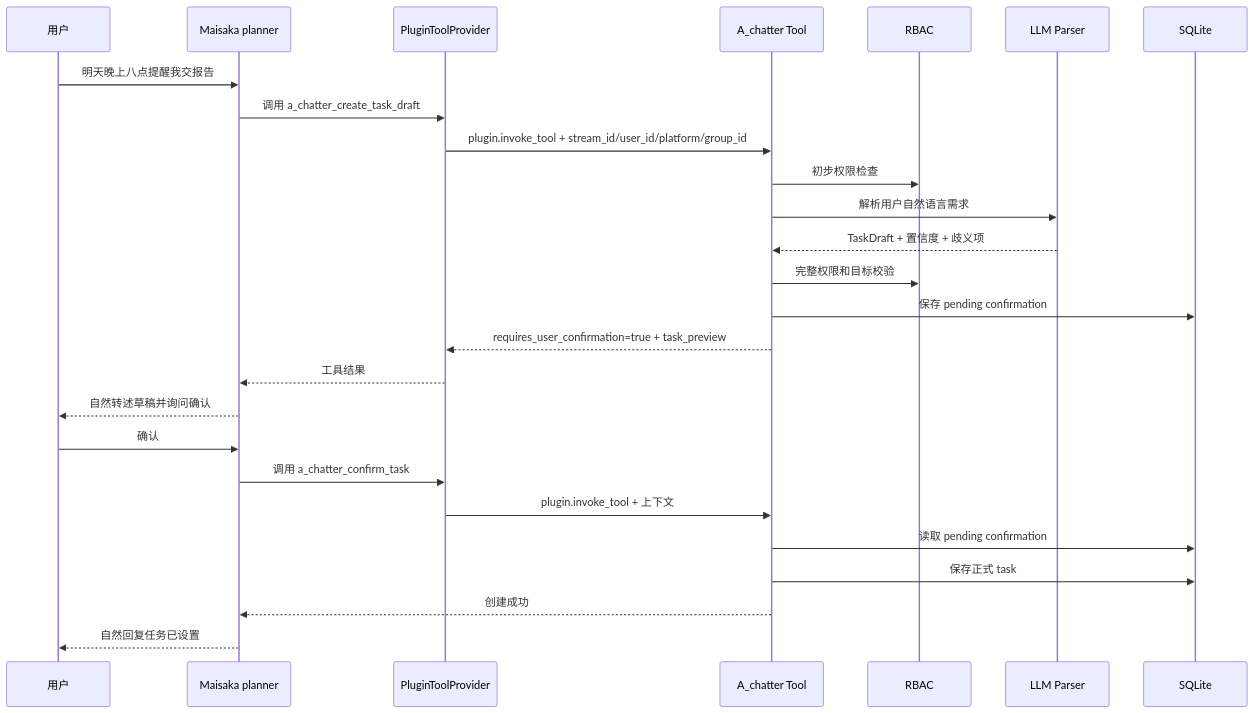
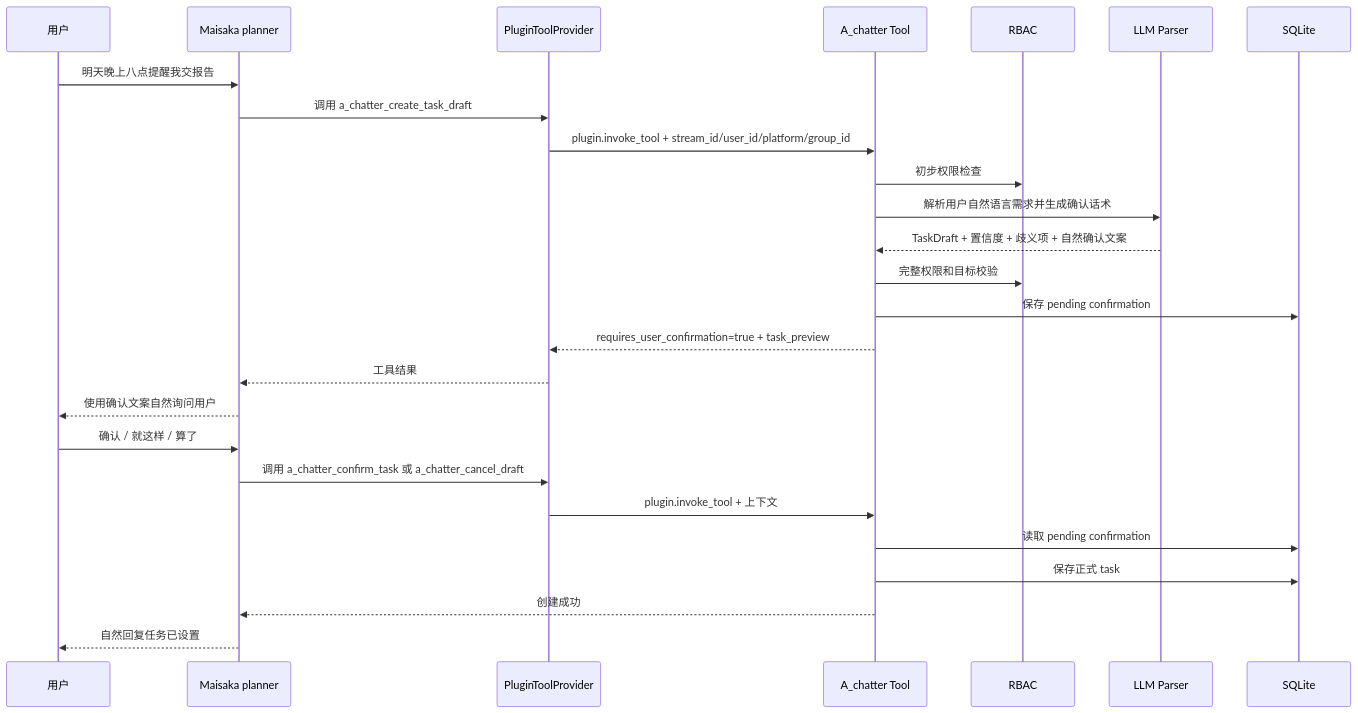
Before and after one commit to A-Dawn/A_chatter: the third of 6 diagrams in docs/technical/MESSAGE_FLOW.md, drawn with Mermaid. The commit also changed other lines of this file and 16 other files, not shown here.

````diff
--- a/docs/technical/MESSAGE_FLOW.md
+++ b/docs/technical/MESSAGE_FLOW.md
@@ -71,30 +73,30 @@
 ```mermaid
 sequenceDiagram
     participant U as 用户
     participant M as Maisaka planner
     participant TP as PluginToolProvider
     participant T as A_chatter Tool
     participant R as RBAC
     participant L as LLM Parser
     participant S as SQLite
 
     U->>M: 明天晚上八点提醒我交报告
     M->>TP: 调用 a_chatter_create_task_draft
     TP->>T: plugin.invoke_tool + stream_id/user_id/platform/group_id
     T->>R: 初步权限检查
-    T->>L: 解析用户自然语言需求
-    L-->>T: TaskDraft + 置信度 + 歧义项
+    T->>L: 解析用户自然语言需求并生成确认话术
+    L-->>T: TaskDraft + 置信度 + 歧义项 + 自然确认文案
     T->>R: 完整权限和目标校验
     T->>S: 保存 pending confirmation
     T-->>TP: requires_user_confirmation=true + task_preview
     TP-->>M: 工具结果
-    M-->>U: 自然转述草稿并询问确认
+    M-->>U: 使用确认文案自然询问用户
 
-    U->>M: 确认
-    M->>TP: 调用 a_chatter_confirm_task
+    U->>M: 确认 / 就这样 / 算了
+    M->>TP: 调用 a_chatter_confirm_task 或 a_chatter_cancel_draft
     TP->>T: plugin.invoke_tool + 上下文
     T->>S: 读取 pending confirmation
     T->>S: 保存正式 task
     T-->>M: 创建成功
     M-->>U: 自然回复任务已设置
 ```
````
